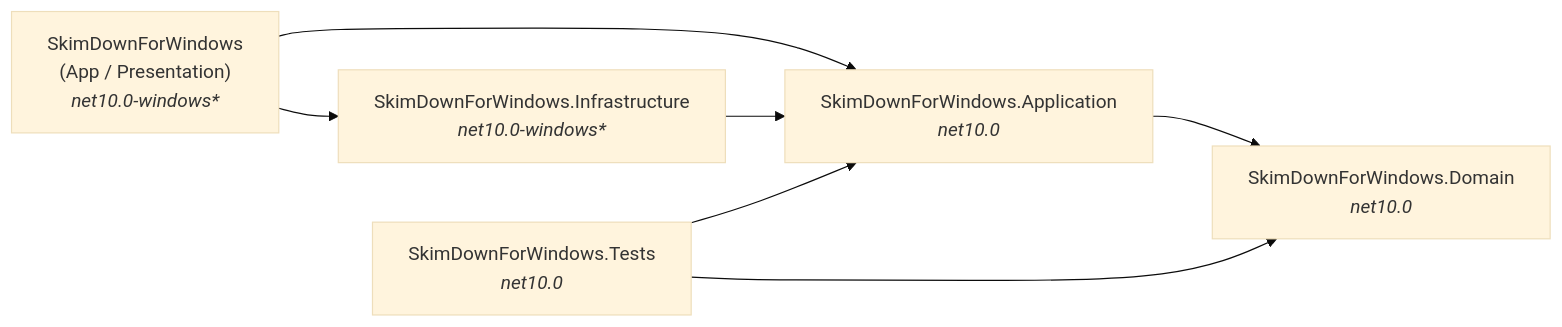
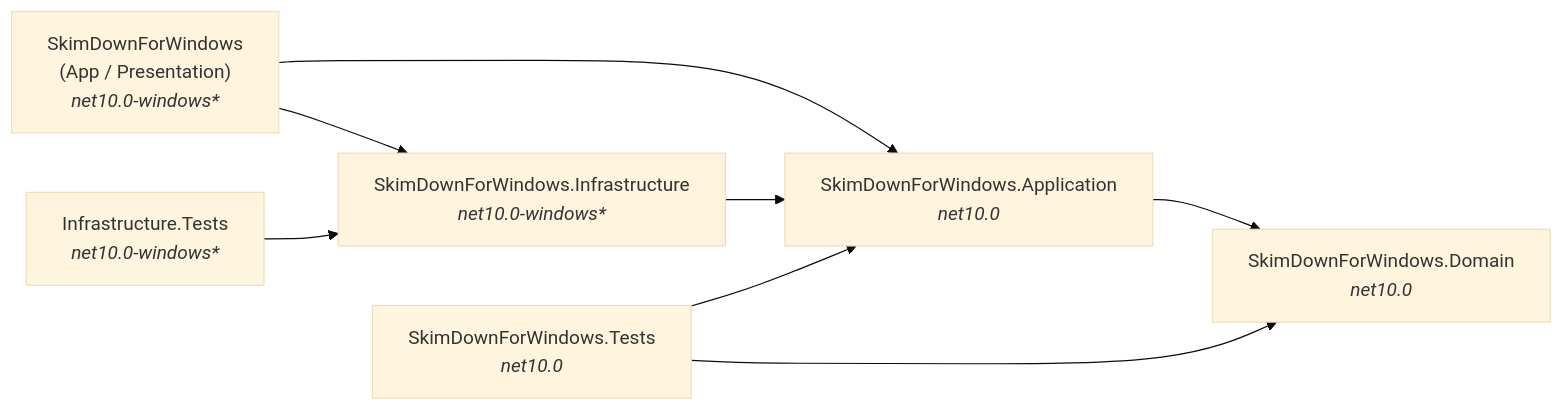
The first of 2 diagrams in docs/architecture.md (runceel/SkimDownForWindows), drawn with Mermaid (base theme) before and after one commit. The commit also changed other lines of this file and 44 other files, not shown here.

````diff
--- a/docs/architecture.md
+++ b/docs/architecture.md
@@ -19,15 +20,17 @@
 ```mermaid
 flowchart LR
     Presentation["SkimDownForWindows<br/>(App / Presentation)<br/><i>net10.0-windows*</i>"]
     Infrastructure["SkimDownForWindows.Infrastructure<br/><i>net10.0-windows*</i>"]
     Application["SkimDownForWindows.Application<br/><i>net10.0</i>"]
     Domain["SkimDownForWindows.Domain<br/><i>net10.0</i>"]
     Tests["SkimDownForWindows.Tests<br/><i>net10.0</i>"]
+    WindowsTests["Infrastructure.Tests<br/><i>net10.0-windows*</i>"]
 
     Presentation --> Infrastructure
     Presentation --> Application
     Infrastructure --> Application
     Application --> Domain
     Tests --> Application
     Tests --> Domain
+    WindowsTests --> Infrastructure
 ```
````
